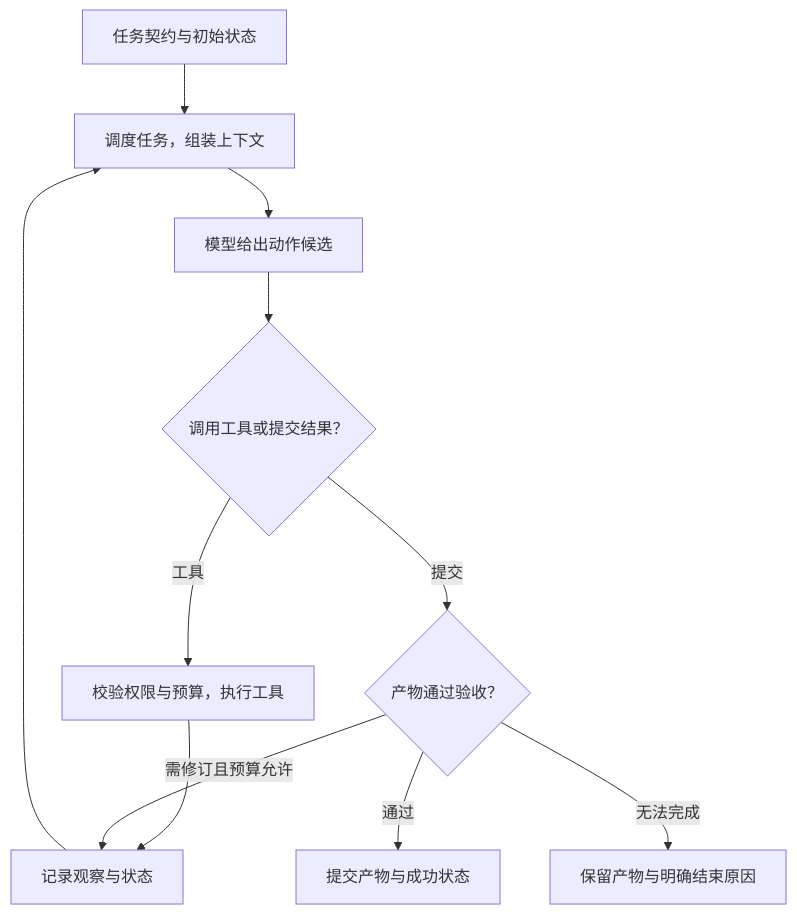
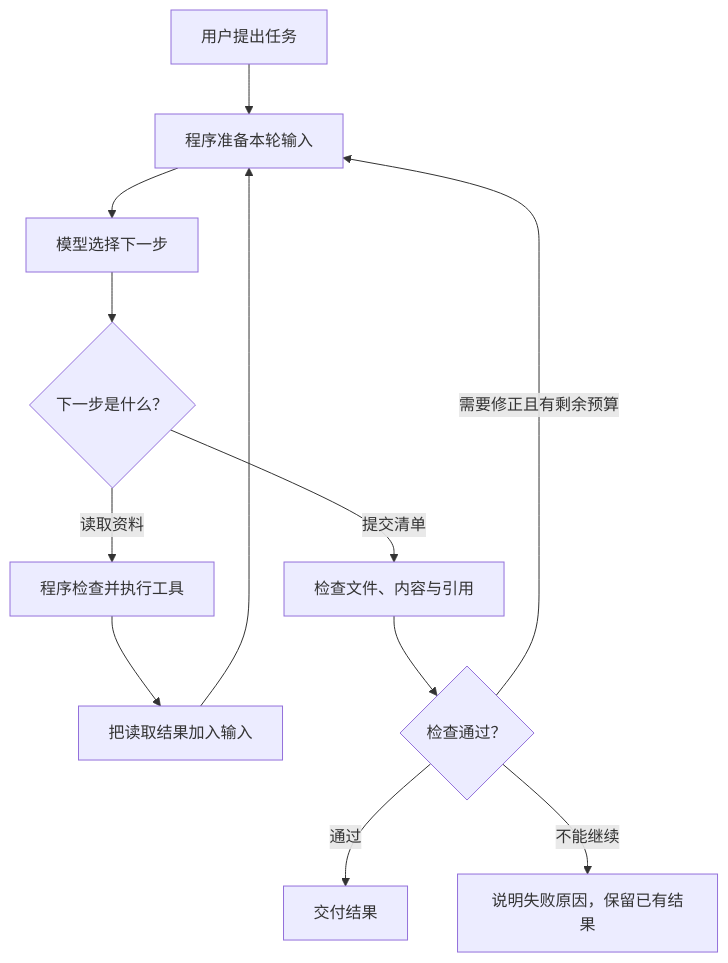
One commit to HarryYangthu/TheBestAIGuide changed the diagram in 10-Knowledge/03-agent-core/01-concepts/04-core-components.md. Above: the diagram before and after it, drawn with Mermaid. The commit also changed other lines of this file and 21 other files, not shown here.

````diff
--- a/10-Knowledge/03-agent-core/01-concepts/04-core-components.md
+++ b/10-Knowledge/03-agent-core/01-concepts/04-core-components.md
@@ -25,13 +23,14 @@
 ```mermaid
 flowchart TD
-    T["任务契约与初始状态"] --> C["调度任务，组装上下文"]
-    C --> M["模型给出动作候选"]
-    M --> A{"调用工具或提交结果？"}
-    A -->|工具| X["校验权限与预算，执行工具"]
-    X --> S["记录观察与状态"]
-    S --> C
-    A -->|提交| V{"产物通过验收？"}
-    V -->|需修订且预算允许| S
-    V -->|通过| F["提交产物与成功状态"]
-    V -->|无法完成| E["保留产物与明确结束原因"]
+    Q["用户提出任务"] --> C["程序准备本轮输入"]
+    C --> M["模型选择下一步"]
+    M --> D{"下一步是什么？"}
+    D -->|读取资料| T["程序检查并执行工具"]
+    T --> O["把读取结果加入输入"]
+    O --> C
+    D -->|提交清单| V["检查文件、内容与引用"]
+    V --> R{"检查通过？"}
+    R -->|需要修正且有剩余预算| C
+    R -->|通过| F["交付结果"]
+    R -->|不能继续| E["说明失败原因，保留已有结果"]
 ```
````
